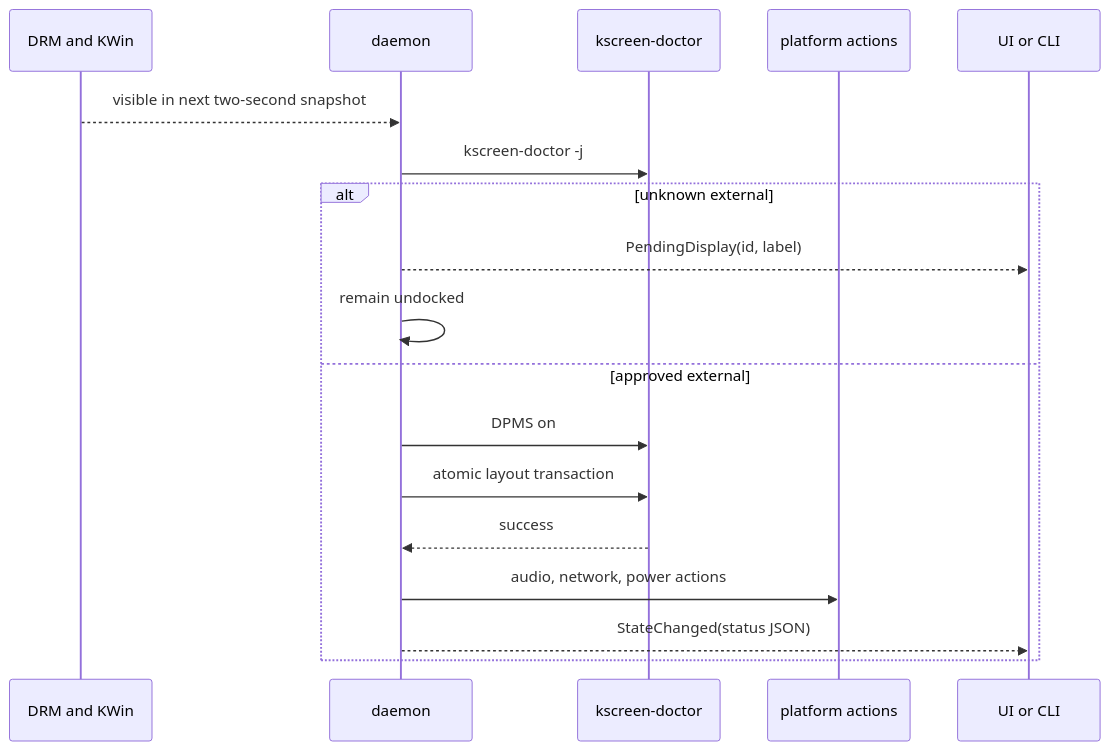
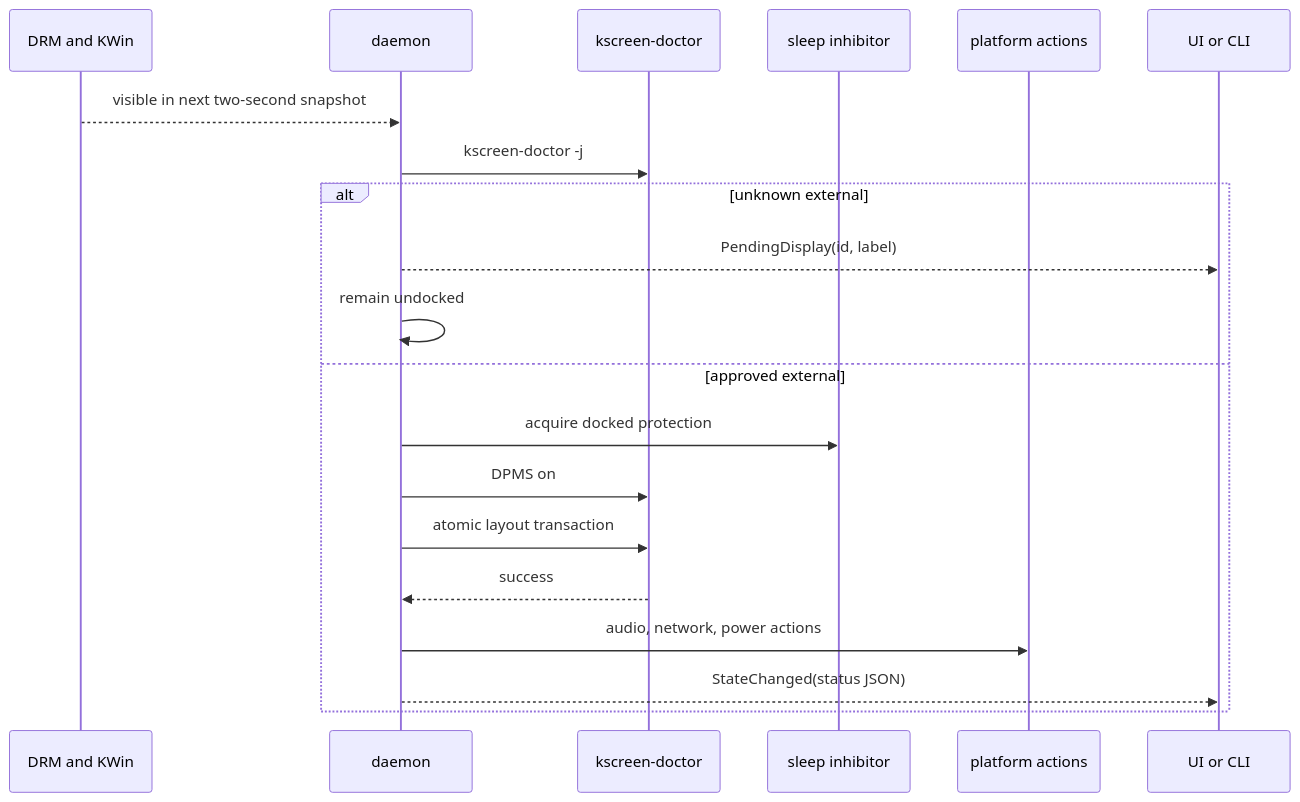
The second of 2 diagrams in wiki/Runtime-Flow.md (RedUndercover/dockstar), drawn with Mermaid before and after one commit. The commit also changed other lines of this file and 29 other files, not shown here.

Commit message:
Add dock-aware wake and sleep protection

````diff
--- a/wiki/Runtime-Flow.md
+++ b/wiki/Runtime-Flow.md
@@ -24,20 +24,22 @@
 ```mermaid
 sequenceDiagram
     participant DRM as DRM and KWin
     participant D as daemon
     participant K as kscreen-doctor
+    participant I as sleep inhibitor
     participant P as platform actions
     participant U as UI or CLI
     DRM-->>D: visible in next two-second snapshot
     D->>K: kscreen-doctor -j
     alt unknown external
         D-->>U: PendingDisplay(id, label)
         D->>D: remain undocked
     else approved external
+        D->>I: acquire docked protection
         D->>K: DPMS on
         D->>K: atomic layout transaction
         K-->>D: success
         D->>P: audio, network, power actions
         D-->>U: StateChanged(status JSON)
     end
 ```
````
